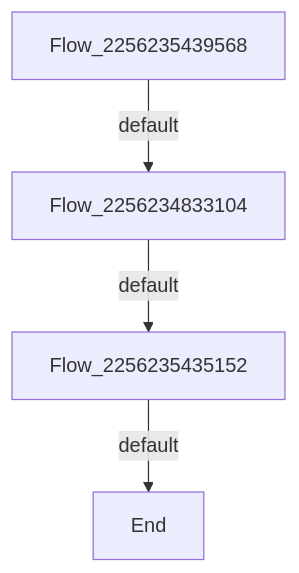
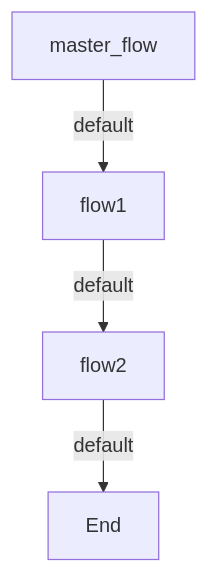
Before and after one commit to datanooblol/broverse: the diagram in flowtoflow.md, drawn with Mermaid. The commit also changed 1 other file, not shown here.

Commit message:
test flow name

````diff
--- a/flowtoflow.md
+++ b/flowtoflow.md
@@ -1,6 +1,6 @@
 ```mermaid
 flowchart TD
-    Flow_2256235439568 -->|default| Flow_2256234833104
-    Flow_2256234833104 -->|default| Flow_2256235435152
-    Flow_2256235435152 -->|default| End
+    master_flow -->|default| flow1
+    flow1 -->|default| flow2
+    flow2 -->|default| End
 ```
````
